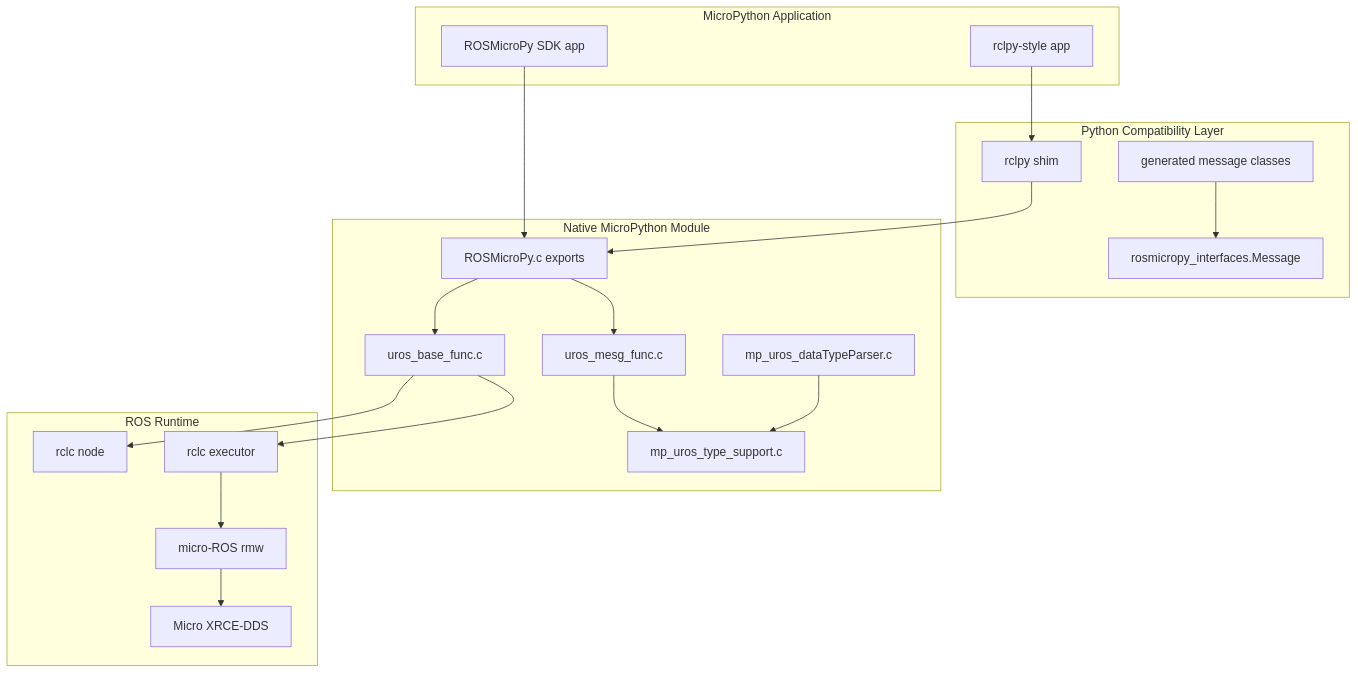
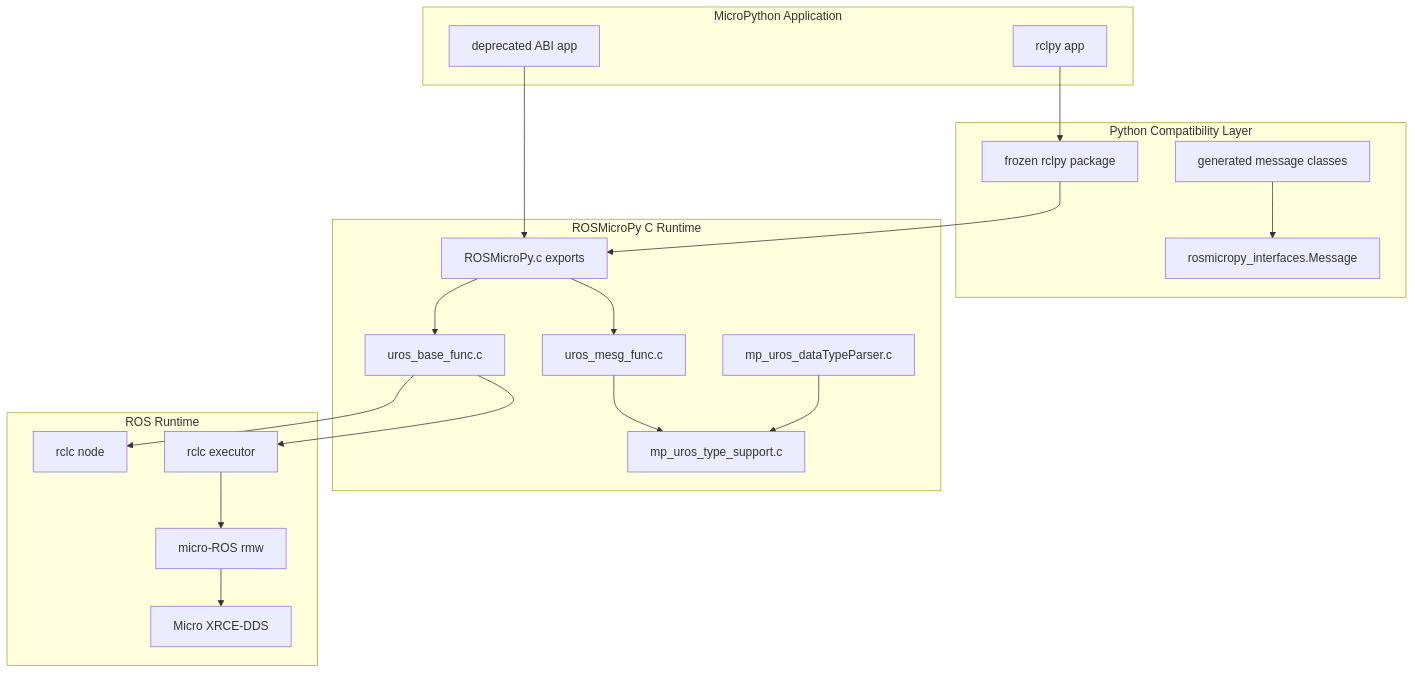
The first of 3 diagrams in docs/technical-architecture.md (ROSMicroPy/ROSMicroPy), drawn with Mermaid before and after one commit. The commit also changed other lines of this file and 7 other files, not shown here.

````diff
--- a/docs/technical-architecture.md
+++ b/docs/technical-architecture.md
@@ -7,41 +7,41 @@
 ```mermaid
 flowchart TD
     subgraph App["MicroPython Application"]
-        RclpyApp["rclpy-style app"]
-        SDKApp["ROSMicroPy SDK app"]
+        RclpyApp["rclpy app"]
+        LegacyApp["deprecated ABI app"]
     end
 
     subgraph Py["Python Compatibility Layer"]
-        RclpyShim["rclpy shim"]
+        Rclpy["frozen rclpy package"]
         MsgClasses["generated message classes"]
         MessageBase["rosmicropy_interfaces.Message"]
     end
 
-    subgraph Native["Native MicroPython Module"]
+    subgraph Runtime["ROSMicroPy C Runtime"]
         Exports["ROSMicroPy.c exports"]
         Base["uros_base_func.c"]
         Msg["uros_mesg_func.c"]
         Parser["mp_uros_dataTypeParser.c"]
         TypeSupport["mp_uros_type_support.c"]
     end
 
     subgraph ROS["ROS Runtime"]
         Node["rclc node"]
         Executor["rclc executor"]
         RMW["micro-ROS rmw"]
         XRCE["Micro XRCE-DDS"]
     end
 
-    RclpyApp --> RclpyShim
-    SDKApp --> Exports
-    RclpyShim --> Exports
+    RclpyApp --> Rclpy
+    LegacyApp --> Exports
+    Rclpy --> Exports
     MsgClasses --> MessageBase
     Exports --> Base
     Exports --> Msg
     Msg --> TypeSupport
     Parser --> TypeSupport
     Base --> Node
     Base --> Executor
     Executor --> RMW
     RMW --> XRCE
 ```
````
